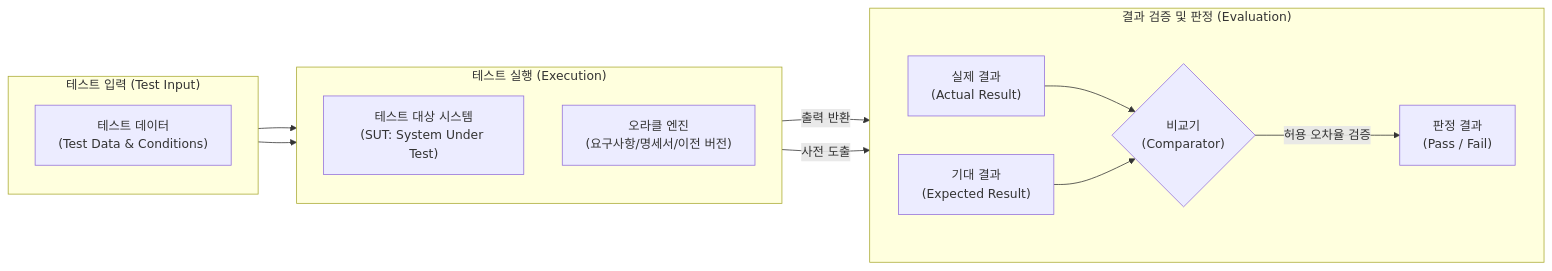
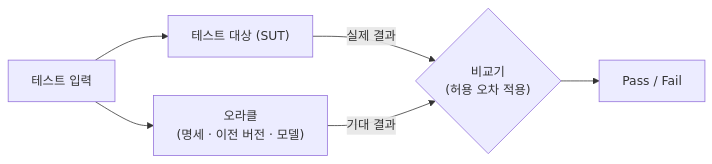
The diagram in content/01_IT Tech/테스트 오라클.md (supremethumb/supremethumb.github.io), drawn with Mermaid before and after one commit. The commit also changed other lines of this file and 1087 other files, not shown here.

````diff
--- a/content/01_IT Tech/테스트 오라클.md
+++ b/content/01_IT Tech/테스트 오라클.md
@@ -23,32 +34,8 @@
 ```mermaid
 flowchart LR
-    subgraph Input_Phase["테스트 입력 (Test Input)"]
-        direction TB
-        Input["테스트 데이터<br/>(Test Data & Conditions)"]
-    end
-
-    subgraph Execution_Phase["테스트 실행 (Execution)"]
-        direction TB
-        SUT["테스트 대상 시스템<br/>(SUT: System Under Test)"]
-        Engine["오라클 엔진<br/>(요구사항/명세서/이전 버전)"]
-    end
-
-    subgraph Evaluation_Phase["결과 검증 및 판정 (Evaluation)"]
-        direction LR
-        Actual["실제 결과<br/>(Actual Result)"]
-        Expected["기대 결과<br/>(Expected Result)"]
-        Comparator{"비교기<br/>(Comparator)"}
-        Result["판정 결과<br/>(Pass / Fail)"]
-    end
-
-    Input --> SUT
-    Input --> Engine
-    
-    SUT -- "출력 반환" --> Actual
-    Engine -- "사전 도출" --> Expected
-    
-    Actual --> Comparator
-    Expected --> Comparator
-    Comparator -- "허용 오차율 검증" --> Result
-
+    IN["테스트 입력"] --> SUT["테스트 대상 (SUT)"]
+    IN --> OR["오라클<br/>(명세 · 이전 버전 · 모델)"]
+    SUT -- "실제 결과" --> CMP{"비교기<br/>(허용 오차 적용)"}
+    OR -- "기대 결과" --> CMP
+    CMP --> V["Pass / Fail"]
 ```
````
